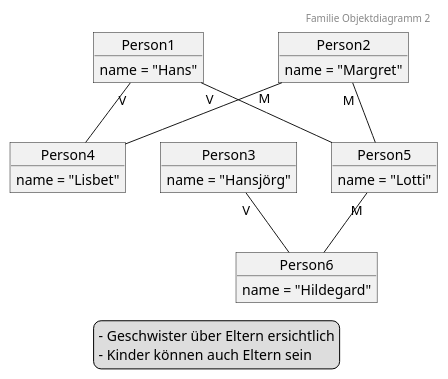
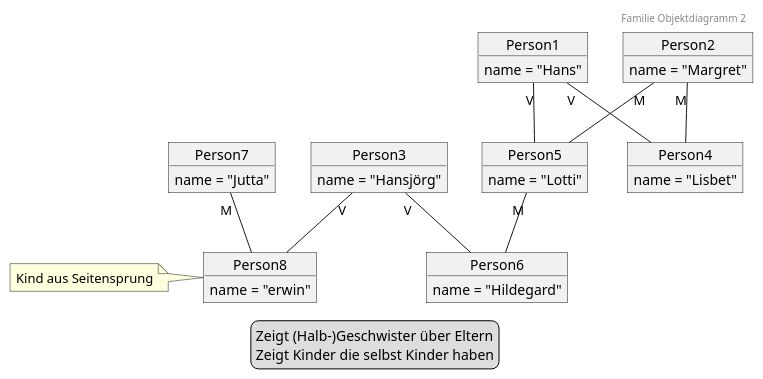
One commit to rb-bbw/M153_Familie changed the diagram in Familie Objekt 2.puml. Above: the diagram before and after it, drawn with PlantUML. The commit also changed 1 other file, not shown here.

```diff
--- a/Familie Objekt 2.puml
+++ b/Familie Objekt 2.puml
@@ -1,39 +1,50 @@
 @startuml
 'https://plantuml.com/object-diagram
 header Familie Objektdiagramm 2
-
-legend
-- Geschwister über Eltern ersichtlich
-- Kinder können auch Eltern sein
-end legend
 
 object Person1 {
     name = "Hans"
 }
 object Person2 {
     name = "Margret"
 }
 object Person3 {
     name = "Hansjörg"
 }
 object Person4 {
     name = "Lisbet"
 }
 object Person5 {
     name = "Lotti"
 }
 object Person6 {
     name = "Hildegard"
 }
+object Person7 {
+    name = "Jutta"
+}
+object Person8 {
+    name = "erwin"
+}
 
 Person1 "V" -- Person4
 Person2 "M" -- Person4
 
 Person1 "V" -- Person5
 Person2 "M" -- Person5
 
-
 Person5 "M" -- Person6
 Person3 "V" -- Person6
 
+Person3 "V" -- Person8
+Person7 "M" -- Person8
+
+note "Kind aus Seitensprung" as N1
+N1 - Person8
+
+legend
+Zeigt (Halb-)Geschwister über Eltern
+Zeigt Kinder die selbst Kinder haben
+end legend
+
 @enduml
```
